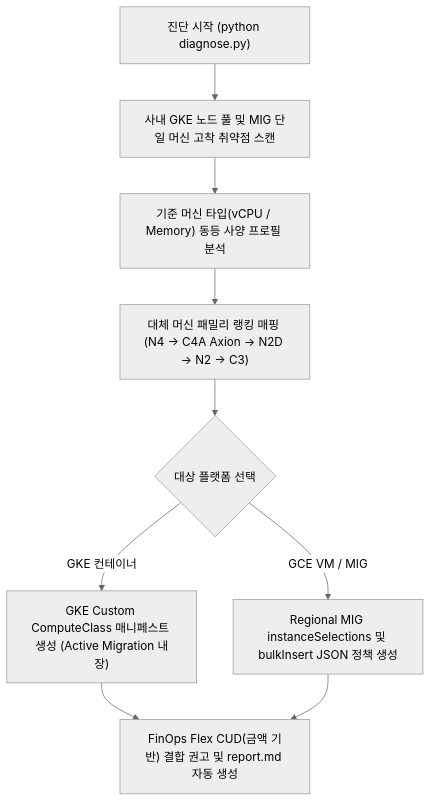
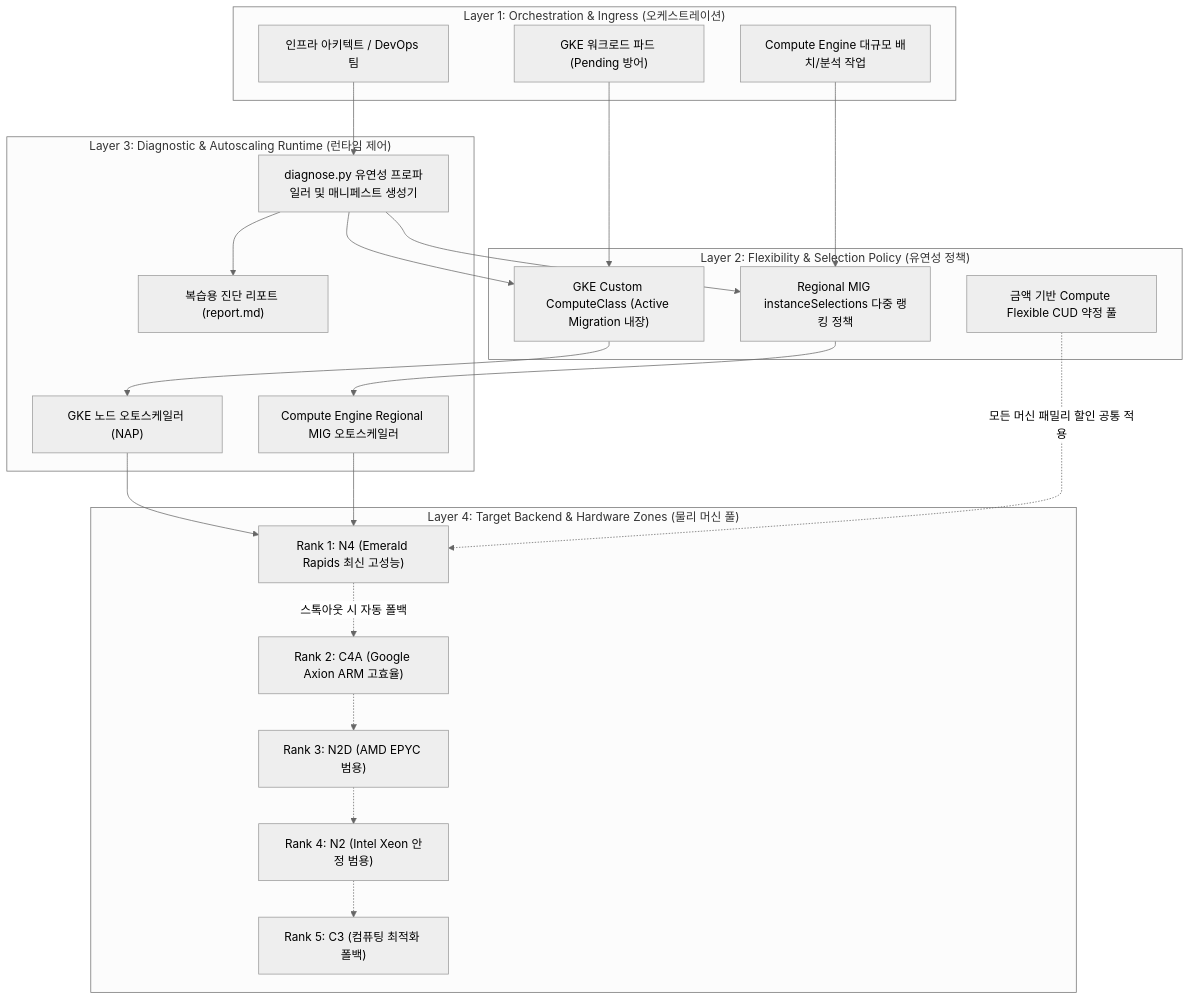
Before and after one commit to jiangjun-forge/google-cloud-0-to-1: the diagram in samples/gce-instance-flexibility-planner/README.md, drawn with Mermaid (neutral theme). The commit also changed other lines of this file and 94 other files, not shown here.

Commit message:
Standardize architecture specifications

````diff
--- a/samples/gce-instance-flexibility-planner/README.md
+++ b/samples/gce-instance-flexibility-planner/README.md
@@ -73,11 +73,45 @@
 ```mermaid
 flowchart TD
-    A["진단 시작 (python diagnose.py)"] --> B["사내 GKE 노드 풀 및 MIG 단일 머신 고착 취약점 스캔"]
-    B --> C["기준 머신 타입(vCPU / Memory) 동등 사양 프로필 분석"]
-    C --> D["대체 머신 패밀리 랭킹 매핑 (N4 -> C4A Axion -> N2D -> N2 -> C3)"]
-    D --> E{"대상 플랫폼 선택"}
-    E -->|GKE 컨테이너| F["GKE Custom ComputeClass 매니페스트 생성 (Active Migration 내장)"]
-    E -->|GCE VM / MIG| G["Regional MIG instanceSelections 및 bulkInsert JSON 정책 생성"]
-    F --> H["FinOps Flex CUD(금액 기반) 결합 권고 및 report.md 자동 생성"]
-    G --> H
+    subgraph Layer1["Layer 1: Orchestration & Ingress (오케스트레이션)"]
+        KubernetesPod["GKE 워크로드 파드 (Pending 방어)"]
+        BatchJob["Compute Engine 대규모 배치/분석 작업"]
+        DevOps["인프라 아키텍트 / DevOps 팀"]
+    end
+
+    subgraph Layer2["Layer 2: Flexibility & Selection Policy (유연성 정책)"]
+        CCC_Policy["GKE Custom ComputeClass (Active Migration 내장)"]
+        MIG_Selection["Regional MIG instanceSelections 다중 랭킹 정책"]
+        FlexCUD["금액 기반 Compute Flexible CUD 약정 풀"]
+    end
+
+    subgraph Layer3["Layer 3: Diagnostic & Autoscaling Runtime (런타임 제어)"]
+        GKEAutoscaler["GKE 노드 오토스케일러 (NAP)"]
+        MIGAutoscaler["Compute Engine Regional MIG 오토스케일러"]
+        PlannerCLI["diagnose.py 유연성 프로파일러 및 매니페스트 생성기"]
+        ReportOutput["복습용 진단 리포트 (report.md)"]
+    end
+
+    subgraph Layer4["Layer 4: Target Backend & Hardware Zones (물리 머신 풀)"]
+        Rank1_N4["Rank 1: N4 (Emerald Rapids 최신 고성능)"]
+        Rank2_C4A["Rank 2: C4A (Google Axion ARM 고효율)"]
+        Rank3_N2D["Rank 3: N2D (AMD EPYC 범용)"]
+        Rank4_N2["Rank 4: N2 (Intel Xeon 안정 범용)"]
+        Rank5_C3["Rank 5: C3 (컴퓨팅 최적화 폴백)"]
+    end
+
+    DevOps --> PlannerCLI
+    PlannerCLI --> CCC_Policy
+    PlannerCLI --> MIG_Selection
+    PlannerCLI --> ReportOutput
+    KubernetesPod --> CCC_Policy
+    CCC_Policy --> GKEAutoscaler
+    BatchJob --> MIG_Selection
+    MIG_Selection --> MIGAutoscaler
+    GKEAutoscaler --> Rank1_N4
+    Rank1_N4 -.->|"스톡아웃 시 자동 폴백"| Rank2_C4A
+    Rank2_C4A -.-> Rank3_N2D
+    Rank3_N2D -.-> Rank4_N2
+    Rank4_N2 -.-> Rank5_C3
+    MIGAutoscaler --> Rank1_N4
+    FlexCUD -.->|"모든 머신 패밀리 할인 공통 적용"| Rank1_N4
 ```
````
